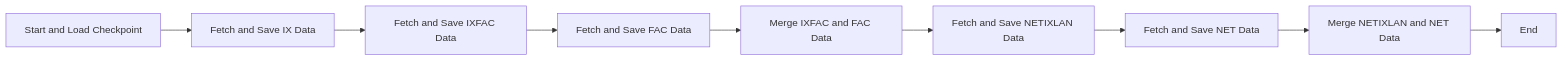
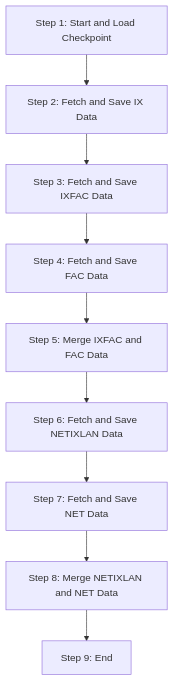
Before and after one commit to ibebrasil/ix.br-network-traffic-capacity-analysis: the first of 2 diagrams in PROJECT.md, drawn with Mermaid. The commit also changed other lines of this file, not shown here.

Commit message:
feat: Improve macro algorithm flow with detailed steps

````diff
--- a/PROJECT.md
+++ b/PROJECT.md
@@ -5,11 +5,21 @@
 ```mermaid
-graph LR
-    A[Start and Load Checkpoint] --> B[Fetch and Save IX Data]
-    B --> C[Fetch and Save IXFAC Data]
-    C --> D[Fetch and Save FAC Data]
-    D --> E[Merge IXFAC and FAC Data]
-    E --> F[Fetch and Save NETIXLAN Data]
-    F --> G[Fetch and Save NET Data]
-    G --> H[Merge NETIXLAN and NET Data]
-    H --> I[End]
+graph TD
+    A[Step 1: Start and Load Checkpoint]
+    B[Step 2: Fetch and Save IX Data]
+    C[Step 3: Fetch and Save IXFAC Data]
+    D[Step 4: Fetch and Save FAC Data]
+    E[Step 5: Merge IXFAC and FAC Data]
+    F[Step 6: Fetch and Save NETIXLAN Data]
+    G[Step 7: Fetch and Save NET Data]
+    H[Step 8: Merge NETIXLAN and NET Data]
+    I[Step 9: End]
+
+    A --> B
+    B --> C
+    C --> D
+    D --> E
+    E --> F
+    F --> G
+    G --> H
+    H --> I
 ```
````
